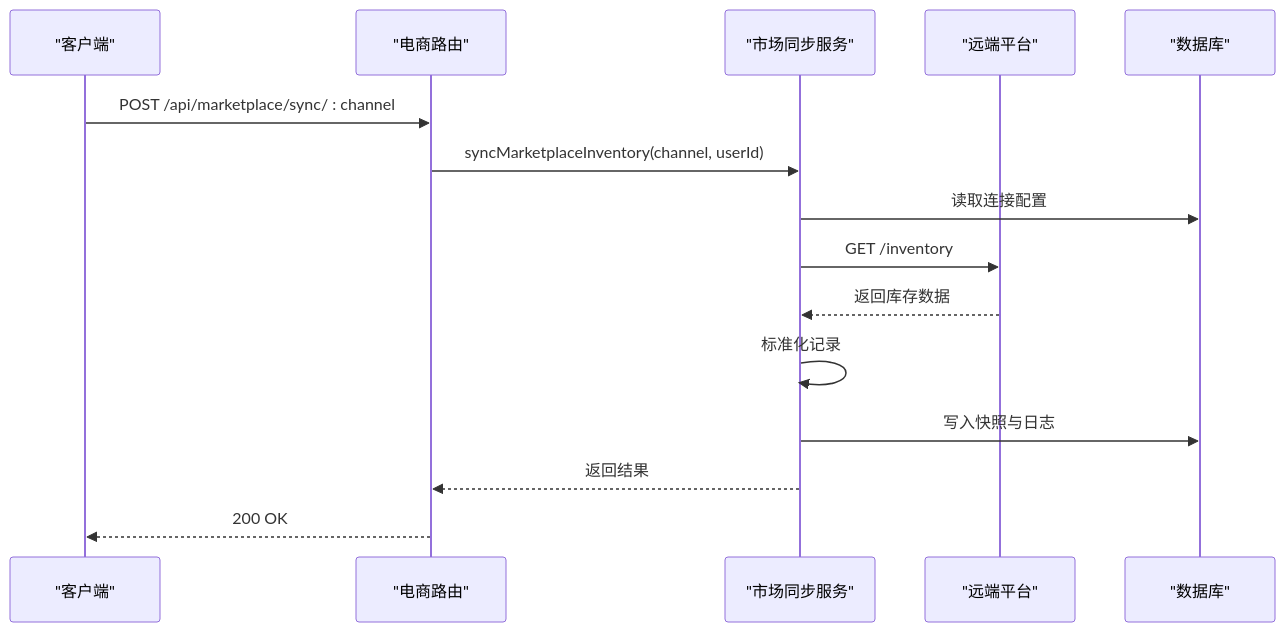
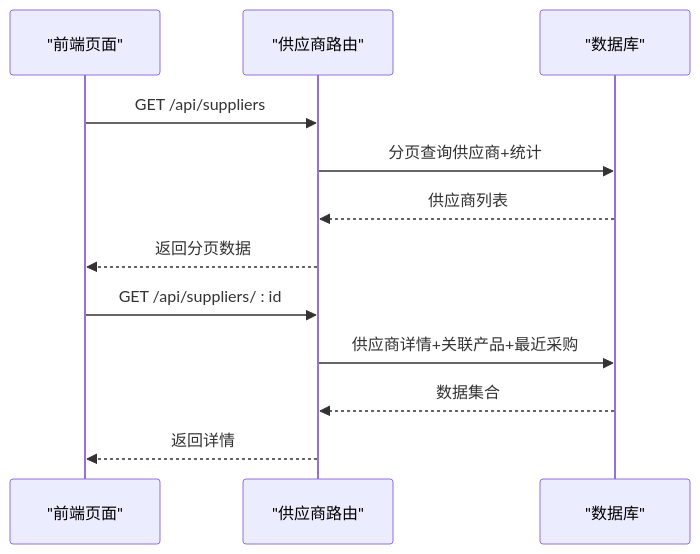
One commit to Juny09/inventory_system changed the fifth of 9 diagrams in .qoder/repowiki/zh/content/核心功能模块/核心功能模块.md. Above: the diagram before and after it, drawn with Mermaid. The commit also changed other lines of this file and 171 other files, not shown here.

````diff
--- a/.qoder/repowiki/zh/content/核心功能模块/核心功能模块.md
+++ b/.qoder/repowiki/zh/content/核心功能模块/核心功能模块.md
@@ -263,17 +193,14 @@
 ```mermaid
 sequenceDiagram
-participant C as "客户端"
-participant R as "电商路由"
-participant S as "市场同步服务"
-participant E as "远端平台"
-participant D as "数据库"
-C->>R : POST /api/marketplace/sync/ : channel
-R->>S : syncMarketplaceInventory(channel, userId)
-S->>D : 读取连接配置
-S->>E : GET /inventory
-E-->>S : 返回库存数据
-S->>S : 标准化记录
-S->>D : 写入快照与日志
-S-->>R : 返回结果
-R-->>C : 200 OK
+participant UI as "前端页面"
+participant SR as "供应商路由"
+participant DB as "数据库"
+UI->>SR : GET /api/suppliers
+SR->>DB : 分页查询供应商+统计
+DB-->>SR : 供应商列表
+SR-->>UI : 返回分页数据
+UI->>SR : GET /api/suppliers/ : id
+SR->>DB : 供应商详情+关联产品+最近采购
+DB-->>SR : 数据集合
+SR-->>UI : 返回详情
 ```
````
